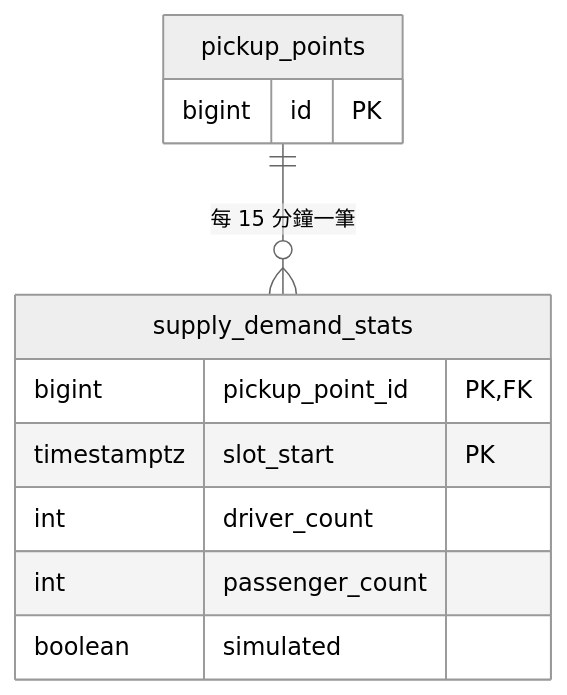
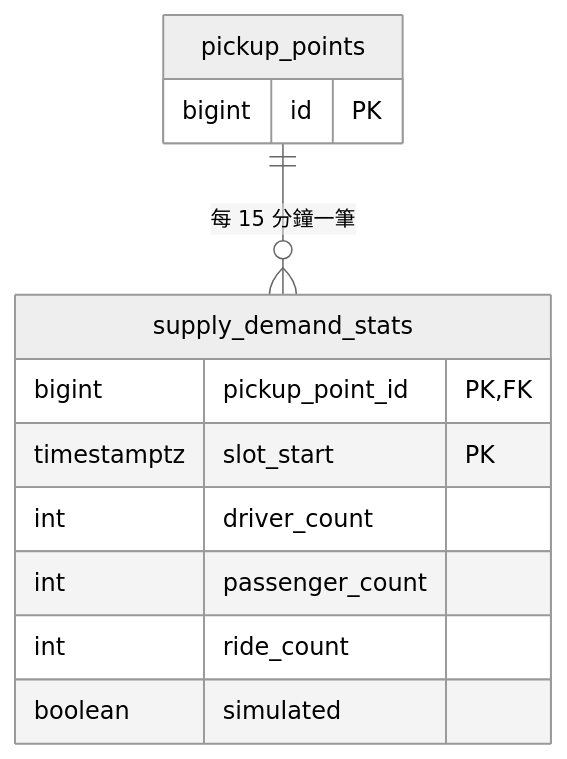
Before and after one commit to sohoffice/debugthon-carpool: diagram 12 of 15 in docs/design.md, drawn with Mermaid (neutral theme). The commit also changed other lines of this file and 1 other file, not shown here.

Commit message:
Ride counts over 10 workdays with weekday and weather; withdraw REQ-058/059; richer city dashboard; consistent demo data (REQ-082, REQ-083, DD-40)

````diff
--- a/docs/design.md
+++ b/docs/design.md
@@ -1288,15 +1291,16 @@
 ```mermaid
 erDiagram
     pickup_points ||--o{ supply_demand_stats : "每 15 分鐘一筆"
 
     supply_demand_stats {
         bigint pickup_point_id PK, FK
         timestamptz slot_start PK
         int driver_count
         int passenger_count
+        int ride_count
         boolean simulated
     }
     pickup_points {
         bigint id PK
     }
 ```
````
